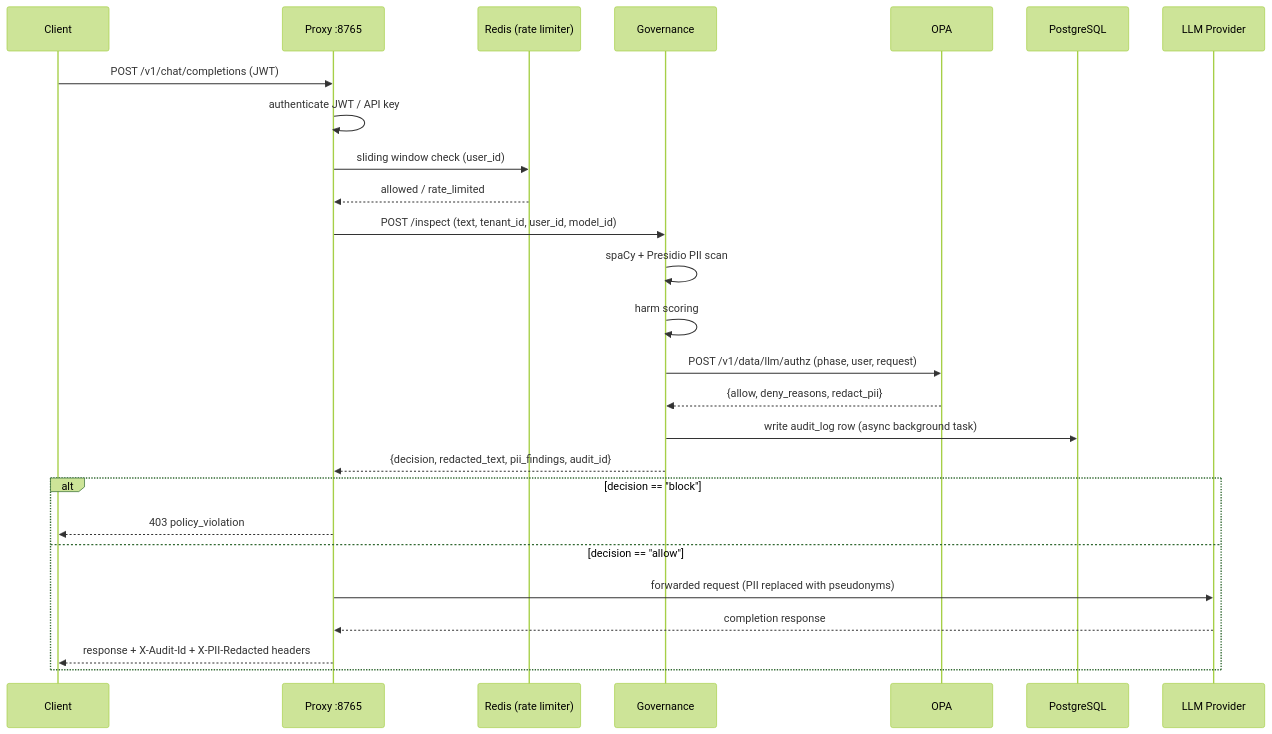
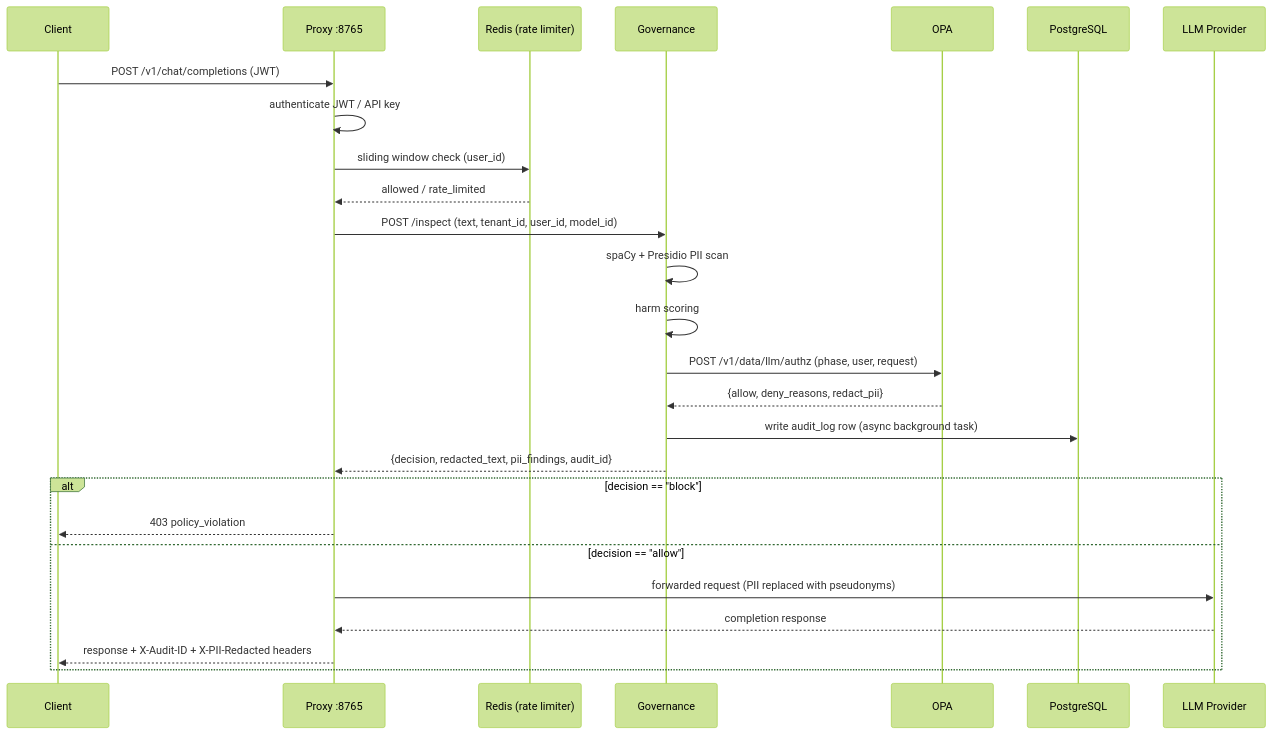
Before and after one commit to citadelgrad/llm-governance-gateway: the third of 3 diagrams in README.md, drawn with Mermaid (forest theme). The commit also changed 9 other files, not shown here.

````diff
--- a/README.md
+++ b/README.md
@@ -168,29 +168,29 @@
 ```mermaid
 sequenceDiagram
     participant C as Client
     participant P as Proxy :8765
     participant RL as Redis (rate limiter)
     participant G as Governance
     participant OPA as OPA
     participant DB as PostgreSQL
     participant LLM as LLM Provider
 
     C->>P: POST /v1/chat/completions (JWT)
     P->>P: authenticate JWT / API key
     P->>RL: sliding window check (user_id)
     RL-->>P: allowed / rate_limited
     P->>G: POST /inspect (text, tenant_id, user_id, model_id)
     G->>G: spaCy + Presidio PII scan
     G->>G: harm scoring
     G->>OPA: POST /v1/data/llm/authz (phase, user, request)
     OPA-->>G: {allow, deny_reasons, redact_pii}
     G->>DB: write audit_log row (async background task)
     G-->>P: {decision, redacted_text, pii_findings, audit_id}
     alt decision == "block"
         P-->>C: 403 policy_violation
     else decision == "allow"
         P->>LLM: forwarded request (PII replaced with pseudonyms)
         LLM-->>P: completion response
-        P-->>C: response + X-Audit-Id + X-PII-Redacted headers
+        P-->>C: response + X-Audit-ID + X-PII-Redacted headers
     end
 ```
````
